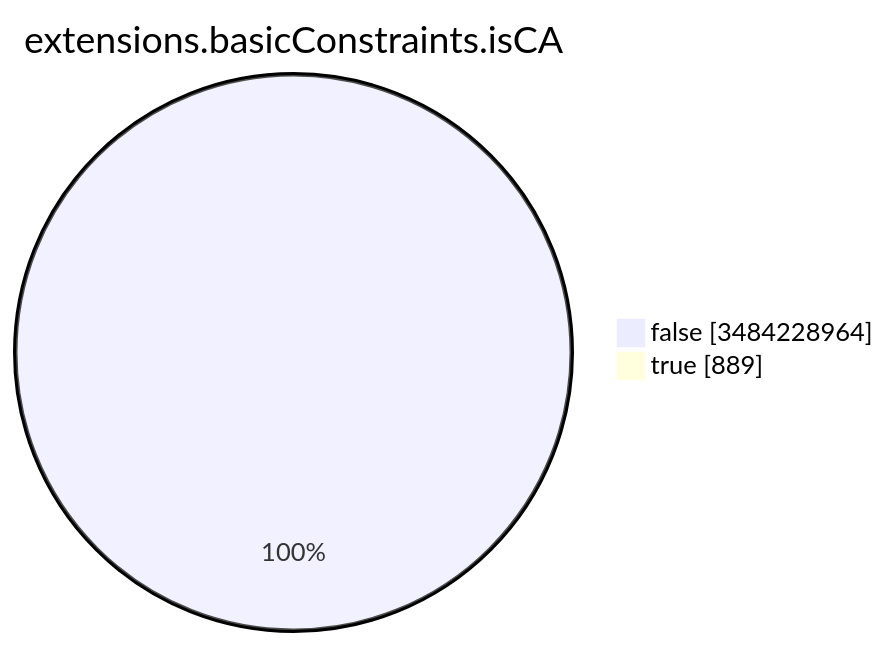
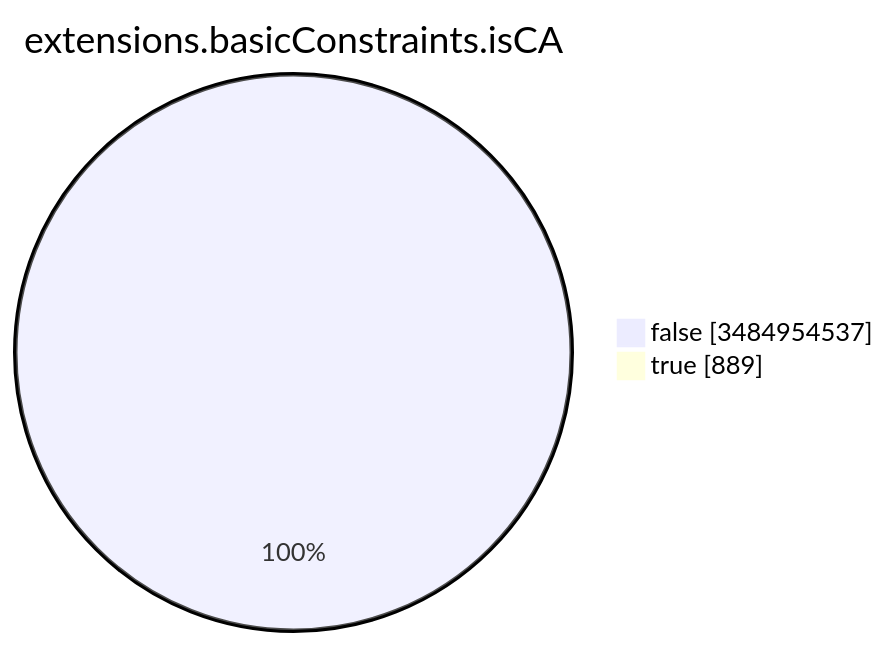
Before and after one commit to christiankrug/ctmonitor_visualization: the seventh of 15 diagrams in TOTAL/README.md, drawn with Mermaid. The commit also changed other lines of this file, not shown here.

````diff
--- a/TOTAL/README.md
+++ b/TOTAL/README.md
@@ -3093,6 +3093,6 @@
 ```mermaid
 pie showData
 title extensions.basicConstraints.isCA
-"false" :3484228964
+"false" :3484954537
 "true" :889
 ```
````
